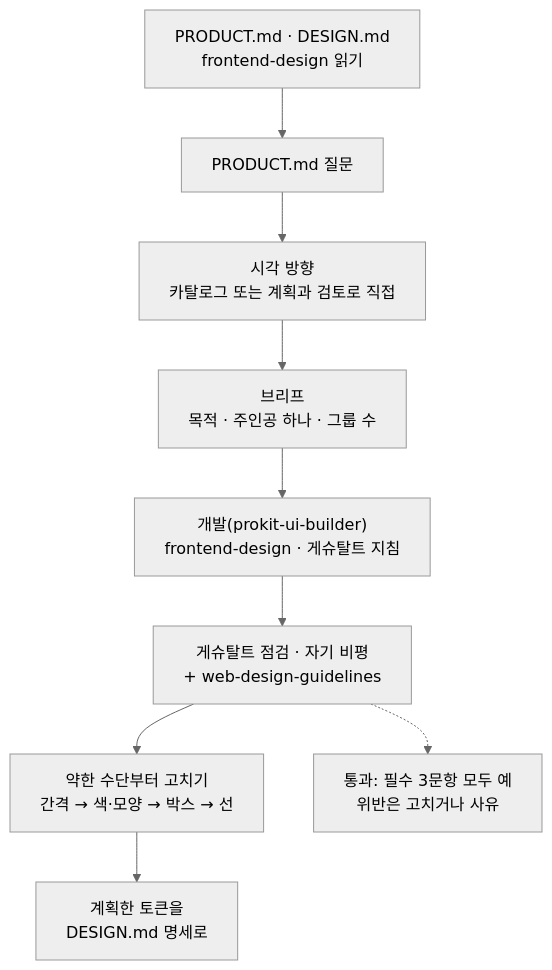
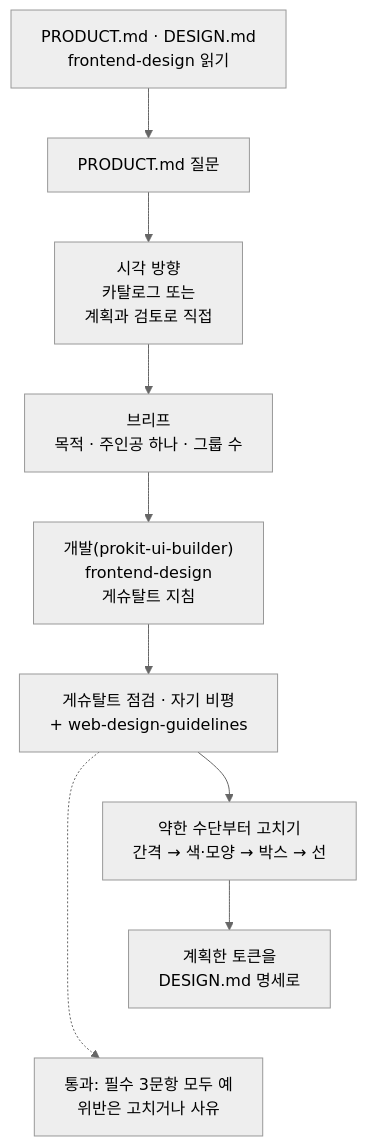
One commit to roadkwon-ai/pro-kit changed the fifth of 6 diagrams in handbook/design/ui-flow.md. Above: the diagram before and after it, drawn with Mermaid (neutral theme). The commit also changed other lines of this file and 26 other files, not shown here.

````diff
--- a/handbook/design/ui-flow.md
+++ b/handbook/design/ui-flow.md
@@ -226,16 +232,17 @@
 ```mermaid
 ---
 config:
   flowchart:
-    wrappingWidth: 300
+    wrappingWidth: 240
 ---
 flowchart TB
   C["PRODUCT.md · DESIGN.md<br/>frontend-design 읽기"] --> I["PRODUCT.md 질문"]
-  I --> V["시각 방향<br/>카탈로그 또는 계획과 검토로 직접"]
+  I --> V["시각 방향<br/>카탈로그 또는<br/>계획과 검토로 직접"]
   V --> S["브리프<br/>목적 · 주인공 하나 · 그룹 수"]
-  S --> B["개발(prokit-ui-builder)<br/>frontend-design · 게슈탈트 지침"]
+  S --> B["개발(prokit-ui-builder)<br/>frontend-design<br/>게슈탈트 지침"]
   B --> R["게슈탈트 점검 · 자기 비평<br/>+ web-design-guidelines"]
   R --> P["약한 수단부터 고치기<br/>간격 → 색·모양 → 박스 → 선"]
   P --> D["계획한 토큰을<br/>DESIGN.md 명세로"]
   R -.-> G["통과: 필수 3문항 모두 예<br/>위반은 고치거나 사유"]
+  D ~~~ G
 ```
````
